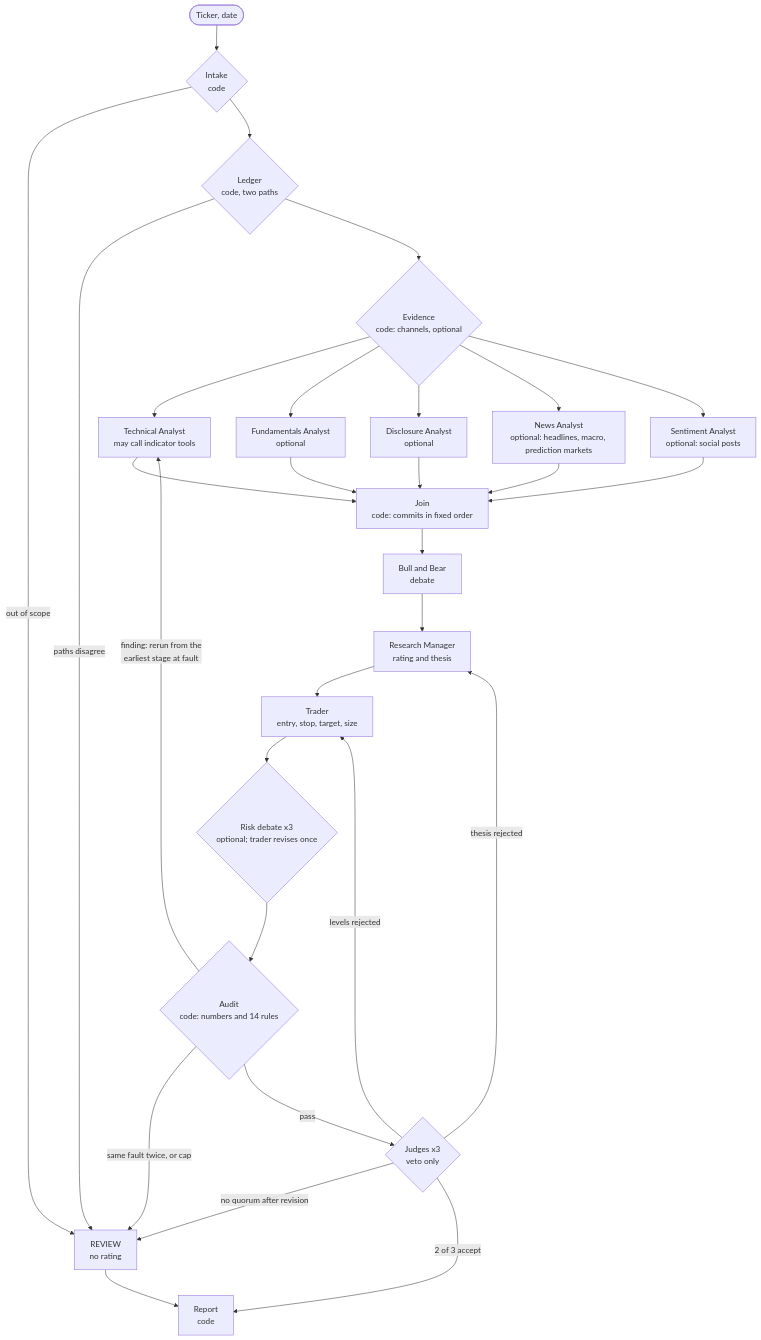
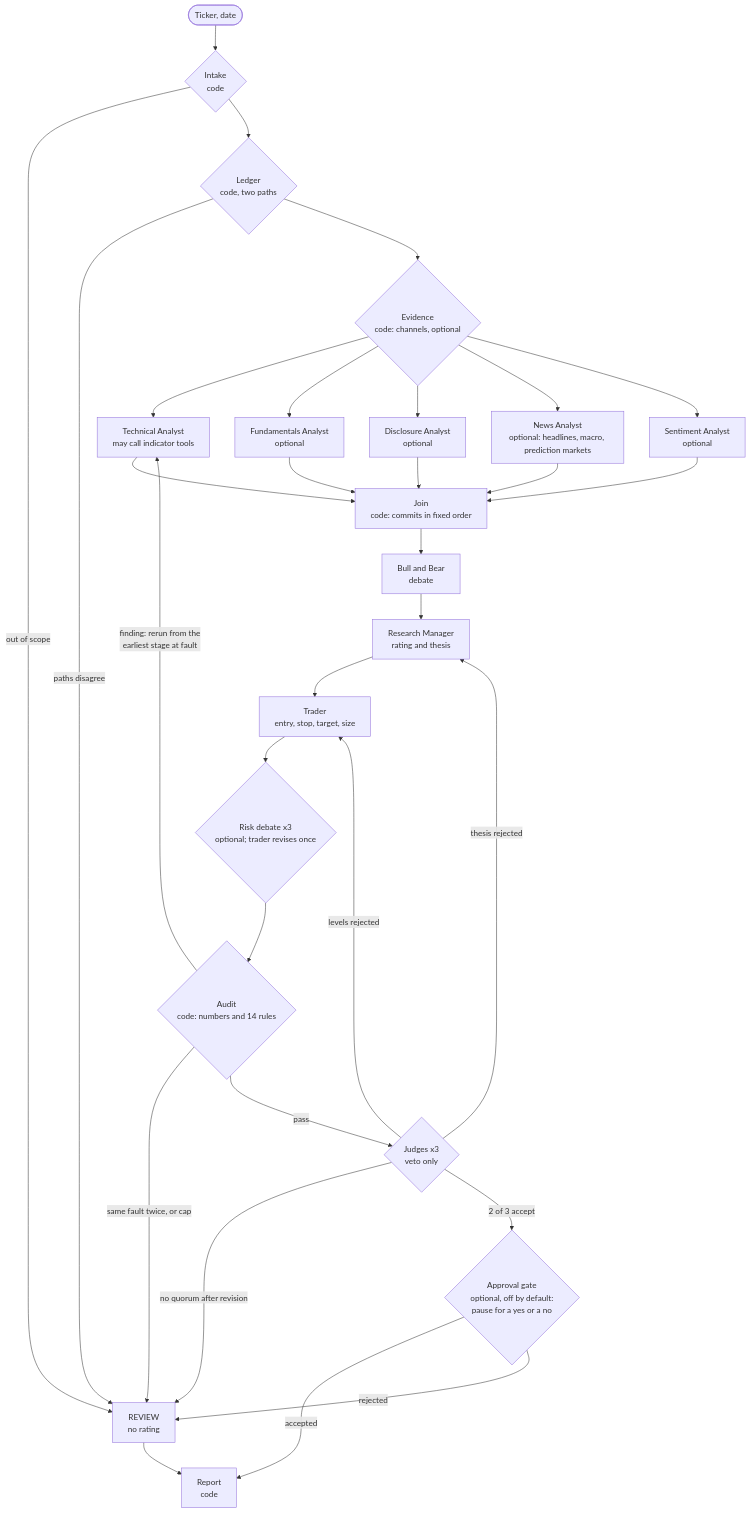
One commit to YinanZhaoXometry/InsightCrew changed the diagram in README.md. Above: the diagram before and after it, drawn with Mermaid. The commit also changed other lines of this file and 6 other files, not shown here.

````diff
--- a/README.md
+++ b/README.md
@@ -50,31 +52,33 @@
 ```mermaid
 flowchart TD
     Q([Ticker, date]) --> I{"Intake<br/>code"}
     I -- out of scope --> D["REVIEW<br/>no rating"]
     I --> L{"Ledger<br/>code, two paths"}
     L -- paths disagree --> D
     L --> E{"Evidence<br/>code: channels, optional"}
     E --> T["Technical Analyst<br/>may call indicator tools"]
     E --> F["Fundamentals Analyst<br/>optional"]
     E --> G["Disclosure Analyst<br/>optional"]
     E --> N["News Analyst<br/>optional: headlines, macro, prediction markets"]
-    E --> S["Sentiment Analyst<br/>optional: social posts"]
+    E --> S["Sentiment Analyst<br/>optional"]
     T --> J["Join<br/>code: commits in fixed order"]
     F --> J
     G --> J
     N --> J
     S --> J
     J --> B["Bull and Bear<br/>debate"]
     B --> M["Research Manager<br/>rating and thesis"]
     M --> TR["Trader<br/>entry, stop, target, size"]
     TR --> R{"Risk debate x3<br/>optional; trader revises once"}
     R --> A{"Audit<br/>code: numbers and 14 rules"}
     A -- "finding: rerun from the<br/>earliest stage at fault" --> T
     A -- "same fault twice, or cap" --> D
     A -- pass --> JJ{"Judges x3<br/>veto only"}
     JJ -- "thesis rejected" --> M
     JJ -- "levels rejected" --> TR
     JJ -- "no quorum after revision" --> D
-    JJ -- "2 of 3 accept" --> RT["Report<br/>code"]
+    JJ -- "2 of 3 accept" --> AG{"Approval gate<br/>optional, off by default:<br/>pause for a yes or a no"}
+    AG -- accepted --> RT["Report<br/>code"]
+    AG -- rejected --> D
     D --> RT
 ```
````
